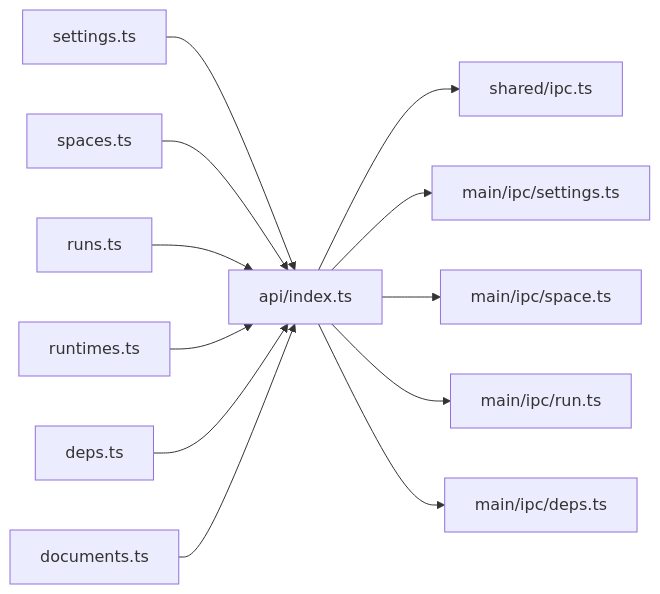
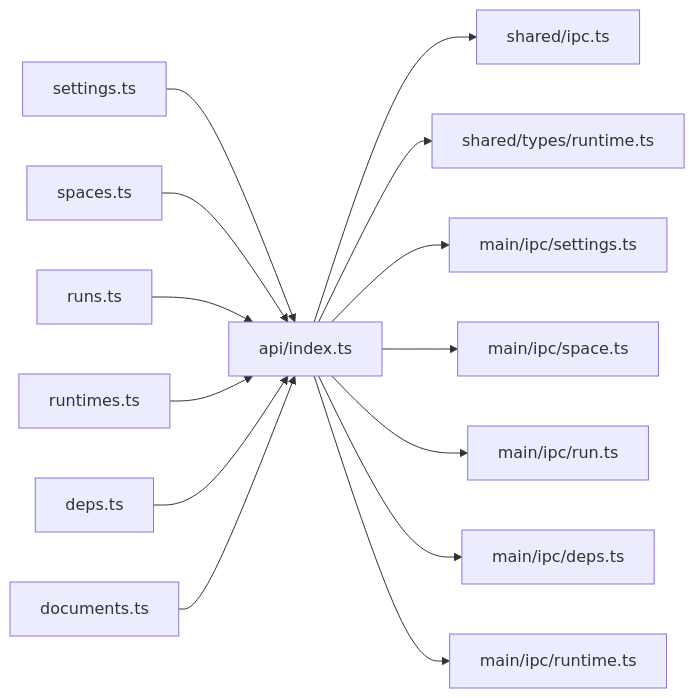
One commit to hozeeee/script-box changed the ninth of 10 diagrams in .qoder/repowiki/zh/content/前端应用架构/状态管理.md. Above: the diagram before and after it, drawn with Mermaid. The commit also changed other lines of this file and 8 other files, not shown here.

````diff
--- a/.qoder/repowiki/zh/content/前端应用架构/状态管理.md
+++ b/.qoder/repowiki/zh/content/前端应用架构/状态管理.md
@@ -370,14 +398,16 @@
 ```mermaid
 graph LR
 SettingsStore["settings.ts"] --> API["api/index.ts"]
 SpacesStore["spaces.ts"] --> API
 RunsStore["runs.ts"] --> API
 RuntimesStore["runtimes.ts"] --> API
 DepsStore["deps.ts"] --> API
 DocumentsStore["documents.ts"] --> API
 API --> SharedIPC["shared/ipc.ts"]
+API --> RuntimeTypes["shared/types/runtime.ts"]
 API --> MainSettings["main/ipc/settings.ts"]
 API --> MainSpace["main/ipc/space.ts"]
 API --> MainRun["main/ipc/run.ts"]
 API --> MainDeps["main/ipc/deps.ts"]
+API --> MainRuntime["main/ipc/runtime.ts"]
 ```
````
